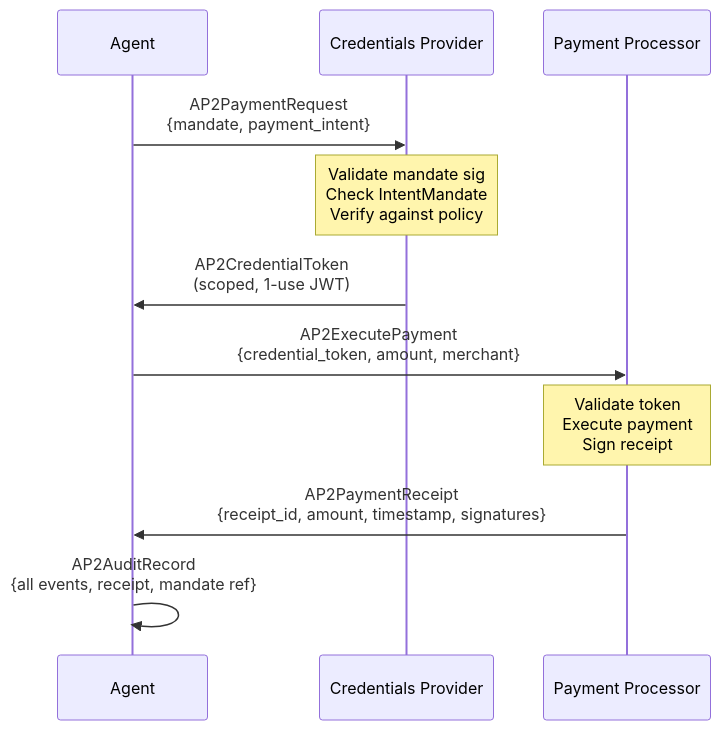
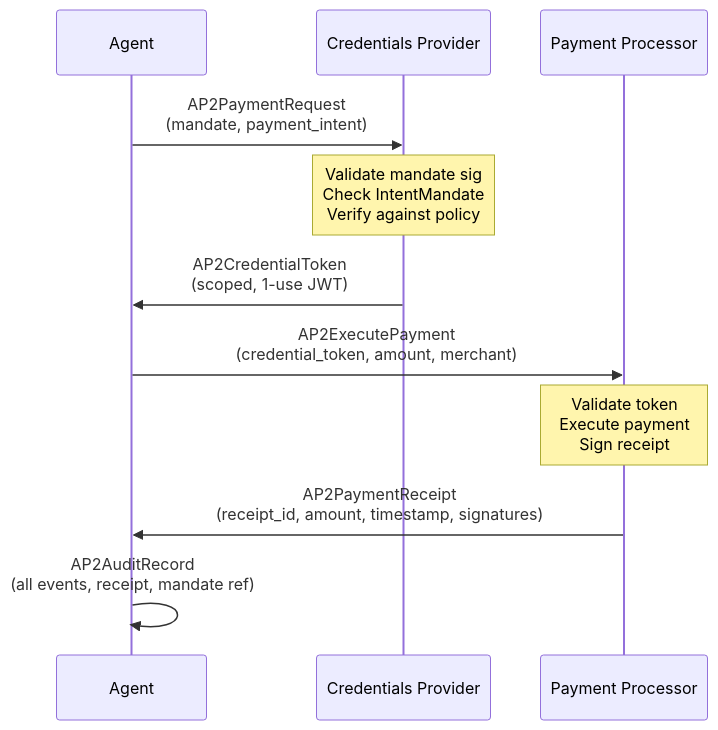
Before and after one commit to skbnai/archon: the second of 6 diagrams in docs/protocols/parts/22-emerging-protocols-ucp-ap2-nlip-lmos-part2.md, drawn with Mermaid. The commit also changed other lines of this file and 10 other files, not shown here.

First line of the commit message:
fix(sidebar,protocols): populate sidebar nav + fix mermaid brace parse errors

````diff
--- a/docs/protocols/parts/22-emerging-protocols-ucp-ap2-nlip-lmos-part2.md
+++ b/docs/protocols/parts/22-emerging-protocols-ucp-ap2-nlip-lmos-part2.md
@@ -211,16 +211,16 @@
 ```mermaid
 sequenceDiagram
     participant A as Agent
     participant CP as Credentials Provider
     participant PP as Payment Processor
     
-    A->>CP: AP2PaymentRequest<br/>{mandate, payment_intent}
+    A->>CP: AP2PaymentRequest<br/>(mandate, payment_intent)
     Note over CP: Validate mandate sig<br/>Check IntentMandate<br/>Verify against policy
     CP->>A: AP2CredentialToken<br/>(scoped, 1-use JWT)
     
-    A->>PP: AP2ExecutePayment<br/>{credential_token, amount, merchant}
+    A->>PP: AP2ExecutePayment<br/>(credential_token, amount, merchant)
     Note over PP: Validate token<br/>Execute payment<br/>Sign receipt
-    PP->>A: AP2PaymentReceipt<br/>{receipt_id, amount, timestamp, signatures}
+    PP->>A: AP2PaymentReceipt<br/>(receipt_id, amount, timestamp, signatures)
     
-    A->>A: AP2AuditRecord<br/>{all events, receipt, mandate ref}
+    A->>A: AP2AuditRecord<br/>(all events, receipt, mandate ref)
 ```
````
